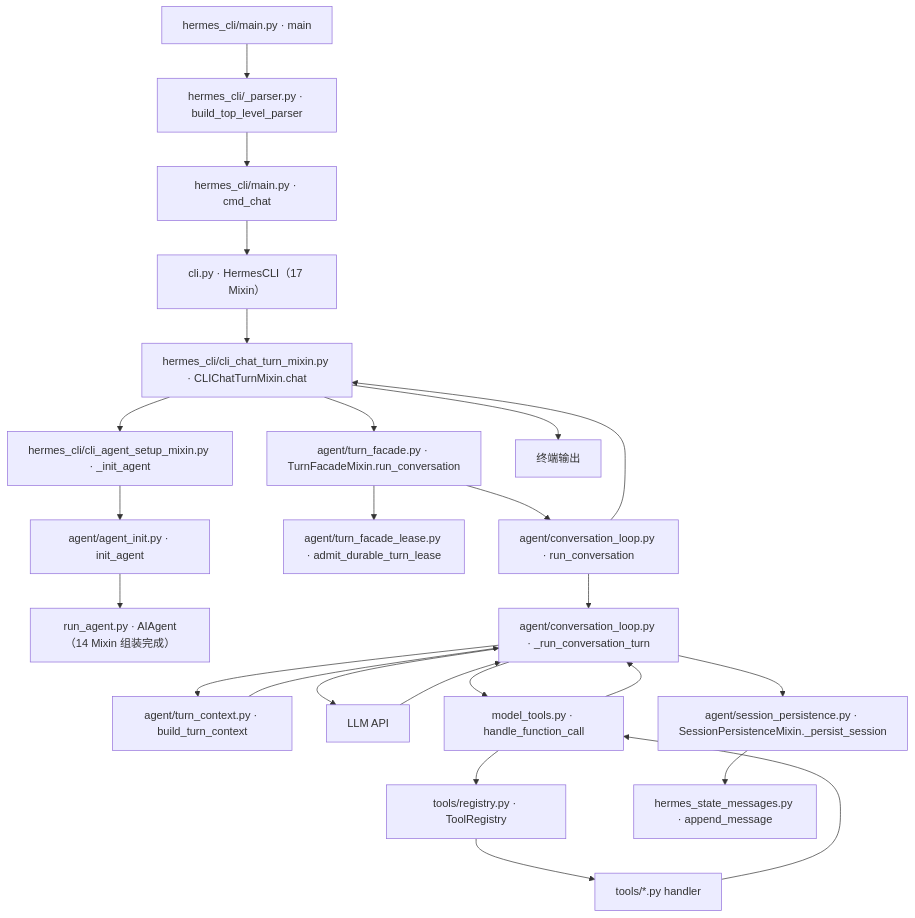
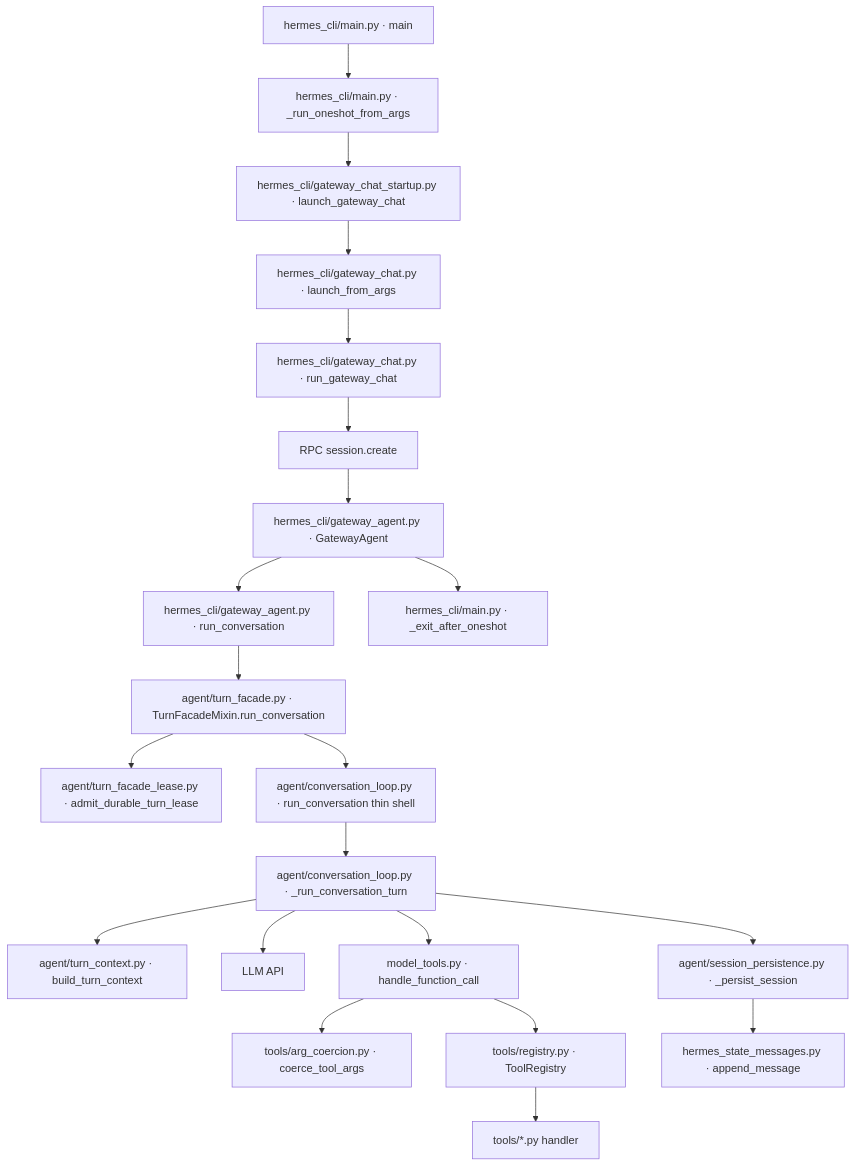
The first of 2 diagrams in docs/sourceReader/03-详细逐步说明-主链路拆解.md (adrian9778/hermes-agent), drawn with Mermaid before and after one commit. The commit also changed other lines of this file and 4 other files, not shown here.

````diff
--- a/docs/sourceReader/03-详细逐步说明-主链路拆解.md
+++ b/docs/sourceReader/03-详细逐步说明-主链路拆解.md
@@ -27,27 +42,23 @@
 ```mermaid
 flowchart TD
-    A[hermes_cli/main.py · main] --> B[hermes_cli/_parser.py · build_top_level_parser]
-    B --> C[hermes_cli/main.py · cmd_chat]
-    C --> D[cli.py · HermesCLI（17 Mixin）]
-    D --> E[hermes_cli/cli_chat_turn_mixin.py · CLIChatTurnMixin.chat]
-    E --> F[hermes_cli/cli_agent_setup_mixin.py · _init_agent]
-    F --> G[agent/agent_init.py · init_agent]
-    G --> H[run_agent.py · AIAgent（14 Mixin 组装完成）]
-    E --> I[agent/turn_facade.py · TurnFacadeMixin.run_conversation]
+    A[hermes_cli/main.py · main] --> B[hermes_cli/main.py · _run_oneshot_from_args]
+    B --> C[hermes_cli/gateway_chat_startup.py · launch_gateway_chat]
+    C --> D[hermes_cli/gateway_chat.py · launch_from_args]
+    D --> E[hermes_cli/gateway_chat.py · run_gateway_chat]
+    E --> F[RPC session.create]
+    F --> G[hermes_cli/gateway_agent.py · GatewayAgent]
+    G --> H[hermes_cli/gateway_agent.py · run_conversation]
+    H --> I[agent/turn_facade.py · TurnFacadeMixin.run_conversation]
     I --> J[agent/turn_facade_lease.py · admit_durable_turn_lease]
-    I --> K[agent/conversation_loop.py · run_conversation]
+    I --> K[agent/conversation_loop.py · run_conversation thin shell]
     K --> L[agent/conversation_loop.py · _run_conversation_turn]
     L --> M[agent/turn_context.py · build_turn_context]
-    M --> L
     L --> N[LLM API]
-    N --> L
     L --> O[model_tools.py · handle_function_call]
-    O --> P[tools/registry.py · ToolRegistry]
-    P --> Q[tools/*.py handler]
-    Q --> O
-    O --> L
-    L --> R[agent/session_persistence.py · SessionPersistenceMixin._persist_session]
-    R --> S[hermes_state_messages.py · append_message]
-    K --> E
-    E --> T[终端输出]
+    O --> P[tools/arg_coercion.py · coerce_tool_args]
+    O --> Q[tools/registry.py · ToolRegistry]
+    Q --> R[tools/*.py handler]
+    L --> S[agent/session_persistence.py · _persist_session]
+    S --> T[hermes_state_messages.py · append_message]
+    G --> U[hermes_cli/main.py · _exit_after_oneshot]
 ```
````
